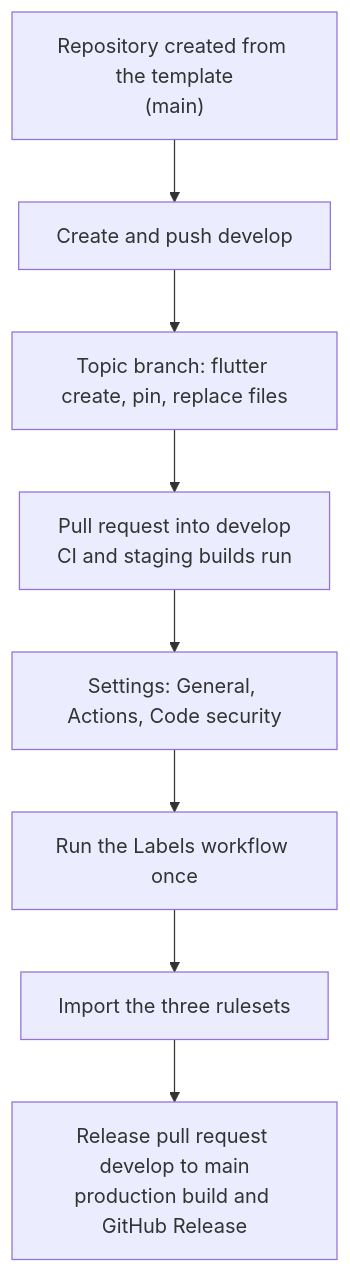
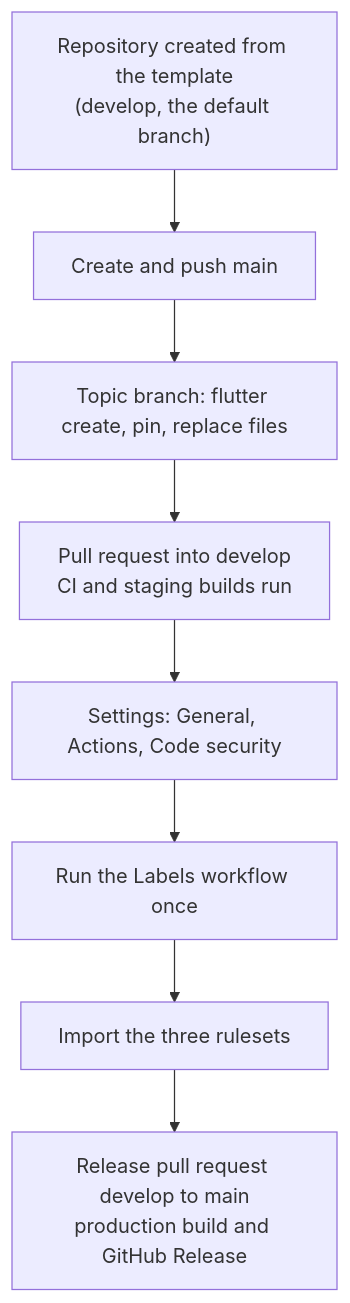
One commit to alihaidar0/flutter-template changed the fourth of 12 diagrams in README.md. Above: the diagram before and after it, drawn with Mermaid. The commit also changed other lines of this file and 6 other files, not shown here.

First line of the commit message:
ci: label pull requests from the title and make develop the default

````diff
--- a/README.md
+++ b/README.md
@@ -243,10 +248,10 @@
 ```mermaid
 flowchart TD
-    B1["Repository created from the template<br/>(main)"] --> B2["Create and push develop"]
+    B1["Repository created from the template<br/>(develop, the default branch)"] --> B2["Create and push main"]
     B2 --> B3["Topic branch: flutter create, pin, replace files"]
     B3 --> B4["Pull request into develop<br/>CI and staging builds run"]
     B4 --> B5["Settings: General, Actions, Code security"]
     B5 --> B6["Run the Labels workflow once"]
     B6 --> B7["Import the three rulesets"]
     B7 --> B8["Release pull request develop to main<br/>production build and GitHub Release"]
 ```
````
